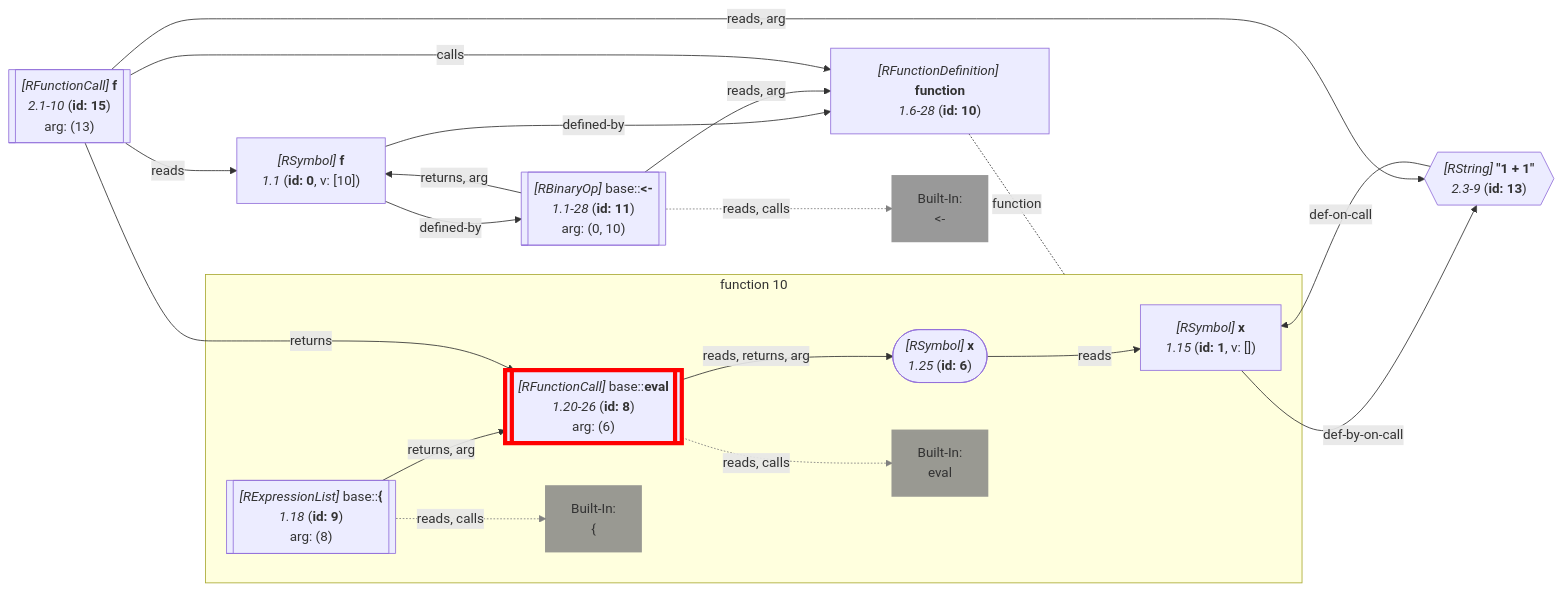
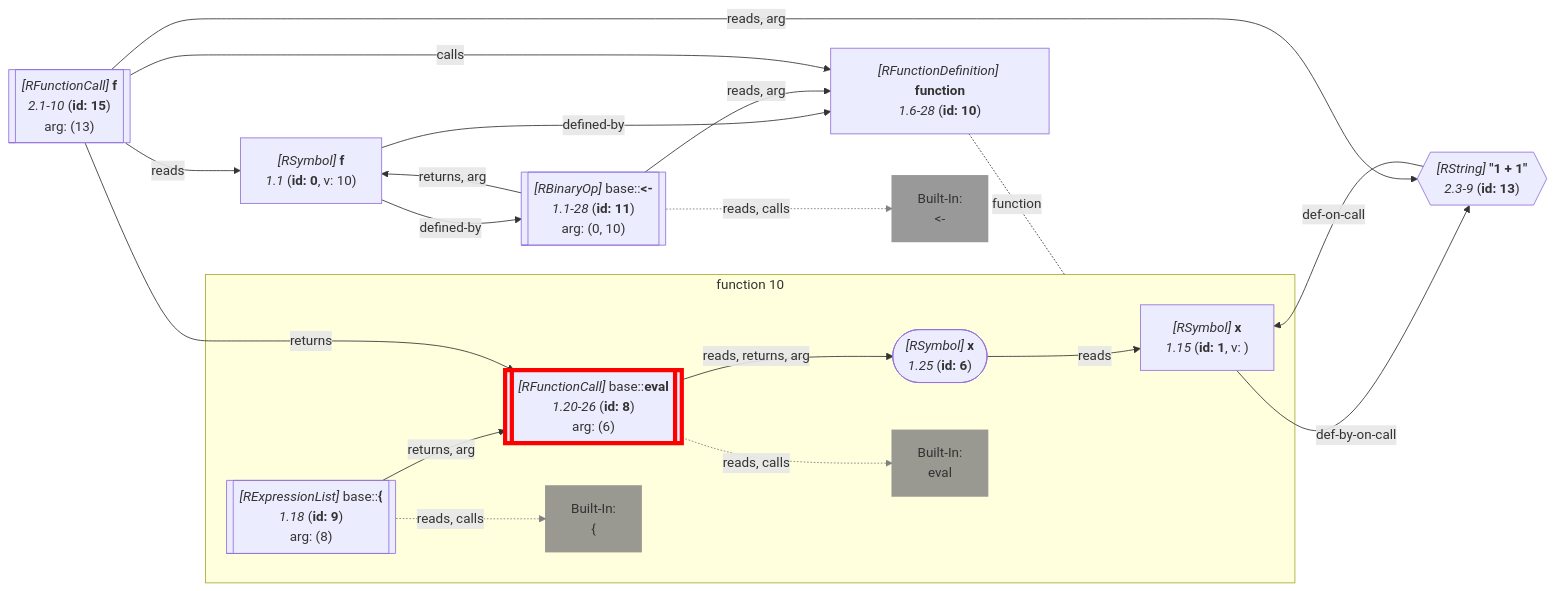
Before and after one commit to flowr-analysis/flowr: the ninth of 21 diagrams in wiki/Query API.md, drawn with Mermaid. The commit also changed other lines of this file and 36 other files, not shown here.

````diff
--- a/wiki/Query API.md
+++ b/wiki/Query API.md
@@ -4042,64 +4089,64 @@
 ```mermaid
 flowchart LR
     10["`*#91;RFunctionDefinition#93;* **function**
       *1.6-28* (**id: 10**)`"]
 
 subgraph "flow-10" [function 10]
     1["`*#91;RSymbol#93;* **x**
-      *1.15* (**id: 1**, v: [])`"]
+      *1.15* (**id: 1**, v: )`"]
     6(["`*#91;RSymbol#93;* **x**
       *1.25* (**id: 6**)`"])
     8[["`*#91;RFunctionCall#93;* base#58;#58;**eval**
       *1.20-26* (**id: 8**)
     arg: (6)`"]]
     style 8 stroke:red,stroke-width:5px; 
     built-in:eval["`Built-In:
 eval`"]
     style built-in:eval stroke:gray,fill:gray,stroke-width:2px,opacity:.8;
     9[["`*#91;RExpressionList#93;* base#58;#58;**#123;**
       *1.18* (**id: 9**)
     arg: (8)`"]]
     built-in:_["`Built-In:
 #123;`"]
     style built-in:_ stroke:gray,fill:gray,stroke-width:2px,opacity:.8;
 end
    %% No edges found for 10
     0["`*#91;RSymbol#93;* **f**
-      *1.1* (**id: 0**, v: [10])`"]
+      *1.1* (**id: 0**, v: 10)`"]
     11[["`*#91;RBinaryOp#93;* base#58;#58;**#60;#45;**
       *1.1-28* (**id: 11**)
     arg: (0, 10)`"]]
     built-in:_-["`Built-In:
 #60;#45;`"]
     style built-in:_- stroke:gray,fill:gray,stroke-width:2px,opacity:.8;
     13{{"`*#91;RString#93;* **#34;1 #43; 1#34;**
       *2.3-9* (**id: 13**)`"}}
     %% Environment of 15 [level: 0]:
     %% Built-in
-    %% 835----------------------------------------
+    %% 2311----------------------------------------
     %%   f: {**f** (id: 0, type: Function, def. @11)}
     15[["`*#91;RFunctionCall#93;* **f**
       *2.1-10* (**id: 15**)
     arg: (13)`"]]
     1 -->|"def-by-on-call"| 13
     6 -->|"reads"| 1
     8 -->|"reads, returns, arg"| 6
     8 -.->|"reads, calls"| built-in:eval
     linkStyle 3 stroke:gray;
     9 -->|"returns, arg"| 8
     9 -.->|"reads, calls"| built-in:_
     linkStyle 5 stroke:gray;
 10 -.-|function| flow-10
 
     0 -->|"defined-by"| 10
     0 -->|"defined-by"| 11
     11 -->|"reads, arg"| 10
     11 -->|"returns, arg"| 0
     11 -.->|"reads, calls"| built-in:_-
     linkStyle 11 stroke:gray;
     13 -->|"def-on-call"| 1
     15 -->|"reads, arg"| 13
     15 -->|"reads"| 0
     15 -->|"returns"| 8
     15 -->|"calls"| 10
 ```
````
